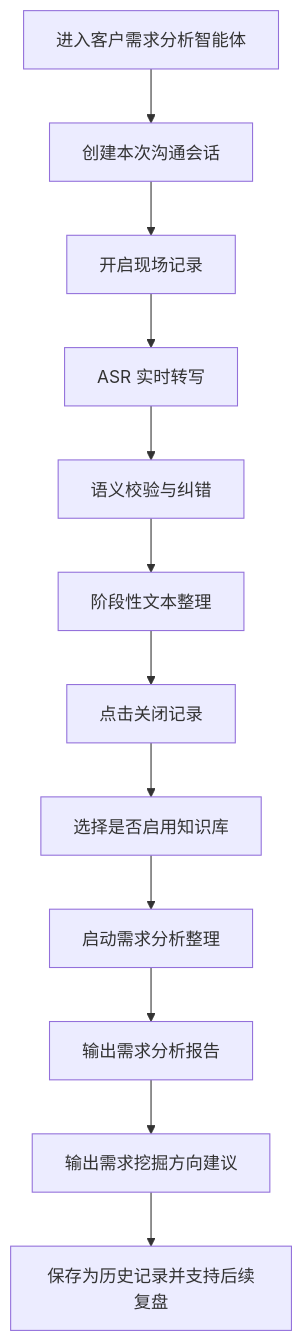
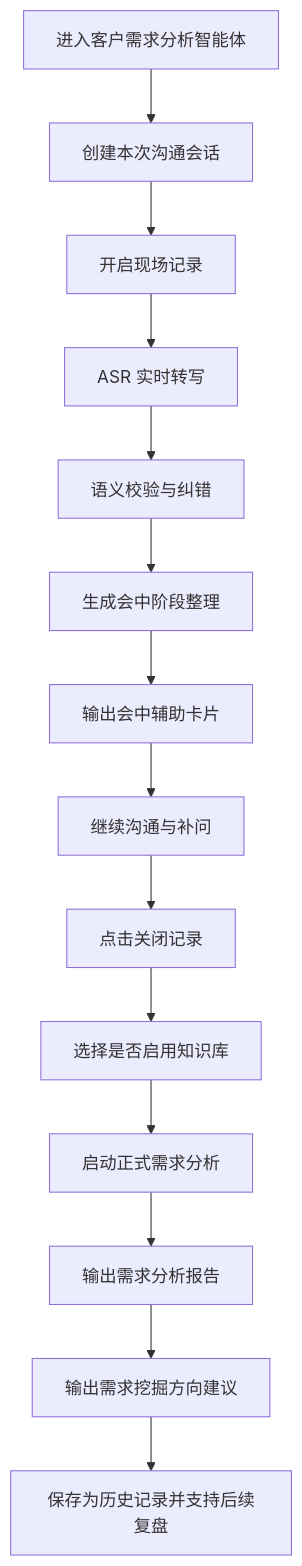
The first of 2 diagrams in 项目文档/01-产品设计/客户需求分析智能体_PRD.md (Jarodlan/poweragent-presales-platform), drawn with Mermaid before and after one commit. The commit also changed other lines of this file and 3 other files, not shown here.

````diff
--- a/项目文档/01-产品设计/客户需求分析智能体_PRD.md
+++ b/项目文档/01-产品设计/客户需求分析智能体_PRD.md
@@ -115,14 +117,16 @@
 ```mermaid
 flowchart TD
     A["进入客户需求分析智能体"] --> B["创建本次沟通会话"]
     B --> C["开启现场记录"]
     C --> D["ASR 实时转写"]
     D --> E["语义校验与纠错"]
-    E --> F["阶段性文本整理"]
-    F --> G["点击关闭记录"]
-    G --> H["选择是否启用知识库"]
-    H --> I["启动需求分析整理"]
-    I --> J["输出需求分析报告"]
-    J --> K["输出需求挖掘方向建议"]
-    K --> L["保存为历史记录并支持后续复盘"]
+    E --> F["生成会中阶段整理"]
+    F --> G["输出会中辅助卡片"]
+    G --> H["继续沟通与补问"]
+    H --> I["点击关闭记录"]
+    I --> J["选择是否启用知识库"]
+    J --> K["启动正式需求分析"]
+    K --> L["输出需求分析报告"]
+    L --> M["输出需求挖掘方向建议"]
+    M --> N["保存为历史记录并支持后续复盘"]
 ```
````
